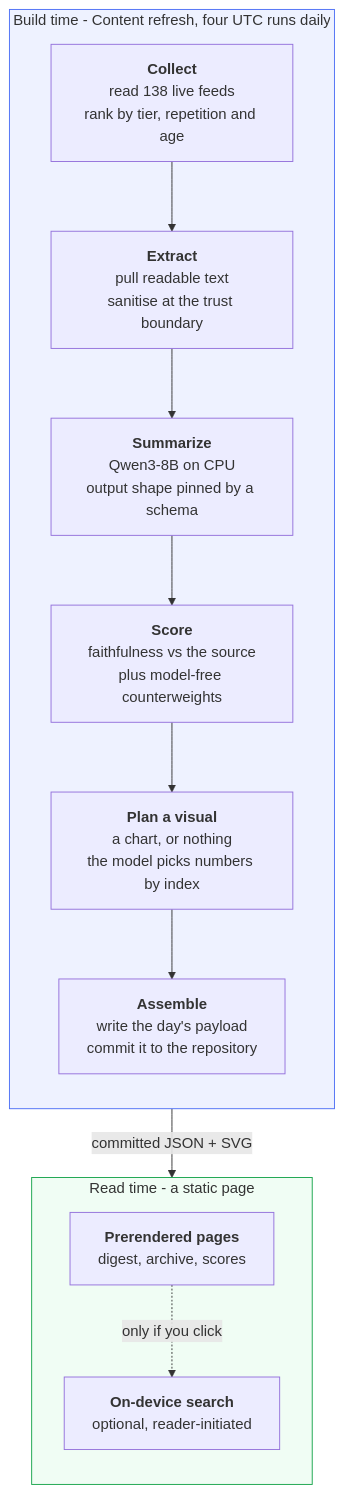
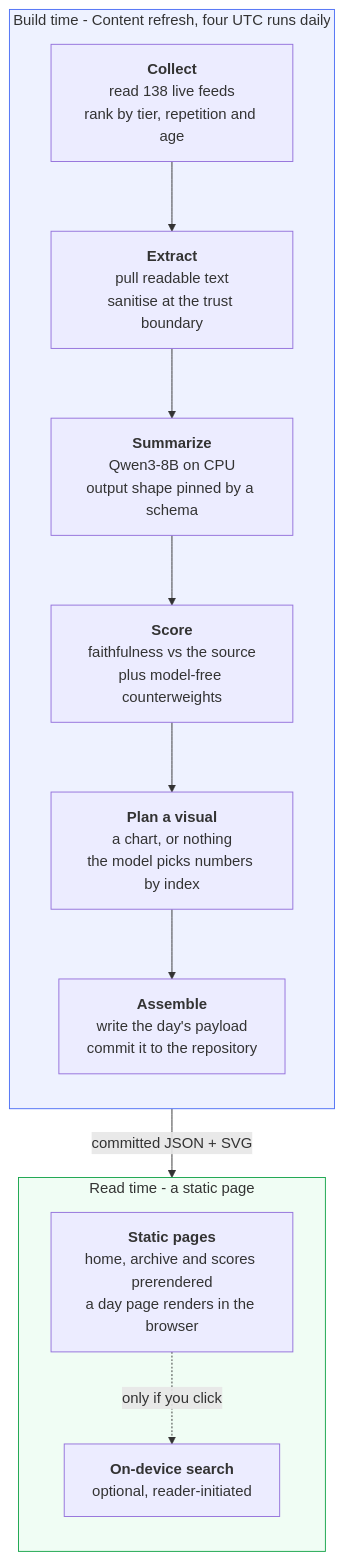
One commit to miztiik/yen-idhazh changed the diagram in README.md. Above: the diagram before and after it, drawn with Mermaid. The commit also changed other lines of this file and 3 other files, not shown here.

````diff
--- a/README.md
+++ b/README.md
@@ -37,25 +37,25 @@
 ```mermaid
 flowchart TD
     subgraph build["Build time - Content refresh, four UTC runs daily"]
         direction TB
         A["<b>Collect</b><br/>read 138 live feeds<br/>rank by tier, repetition and age"]
         B["<b>Extract</b><br/>pull readable text<br/>sanitise at the trust boundary"]
         C["<b>Summarize</b><br/>Qwen3-8B on CPU<br/>output shape pinned by a schema"]
         D["<b>Score</b><br/>faithfulness vs the source<br/>plus model-free counterweights"]
         E["<b>Plan a visual</b><br/>a chart, or nothing<br/>the model picks numbers by index"]
         F["<b>Assemble</b><br/>write the day's payload<br/>commit it to the repository"]
         A --> B --> C --> D --> E --> F
     end
 
     F -->|"committed JSON + SVG"| G
 
     subgraph read["Read time - a static page"]
         direction TB
-        G["<b>Prerendered pages</b><br/>digest, archive, scores"]
+        G["<b>Static pages</b><br/>home, archive and scores prerendered<br/>a day page renders in the browser"]
         H["<b>On-device search</b><br/>optional, reader-initiated"]
         G -.->|"only if you click"| H
     end
 
     style build fill:#eef2ff,stroke:#4c6ef5
     style read fill:#f0fdf4,stroke:#16a34a
 ```
````
